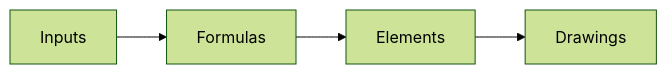
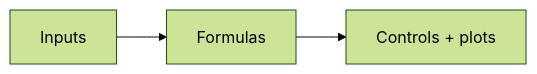
Before and after one commit to Valpatel/cad-agent: the diagram in software/cadagent/webkit/calculators/README.md, drawn with Mermaid (forest theme). The commit also changed 1 other file, not shown here.

Commit message:
Keep canonical owner maps within the readable page column

````diff
--- a/software/cadagent/webkit/calculators/README.md
+++ b/software/cadagent/webkit/calculators/README.md
@@ -5,6 +5,5 @@
 ```mermaid
 flowchart LR
   Inputs --> Formulas
-  Formulas --> Elements
-  Elements --> Drawings
+  Formulas --> View[Controls + plots]
 ```
````
